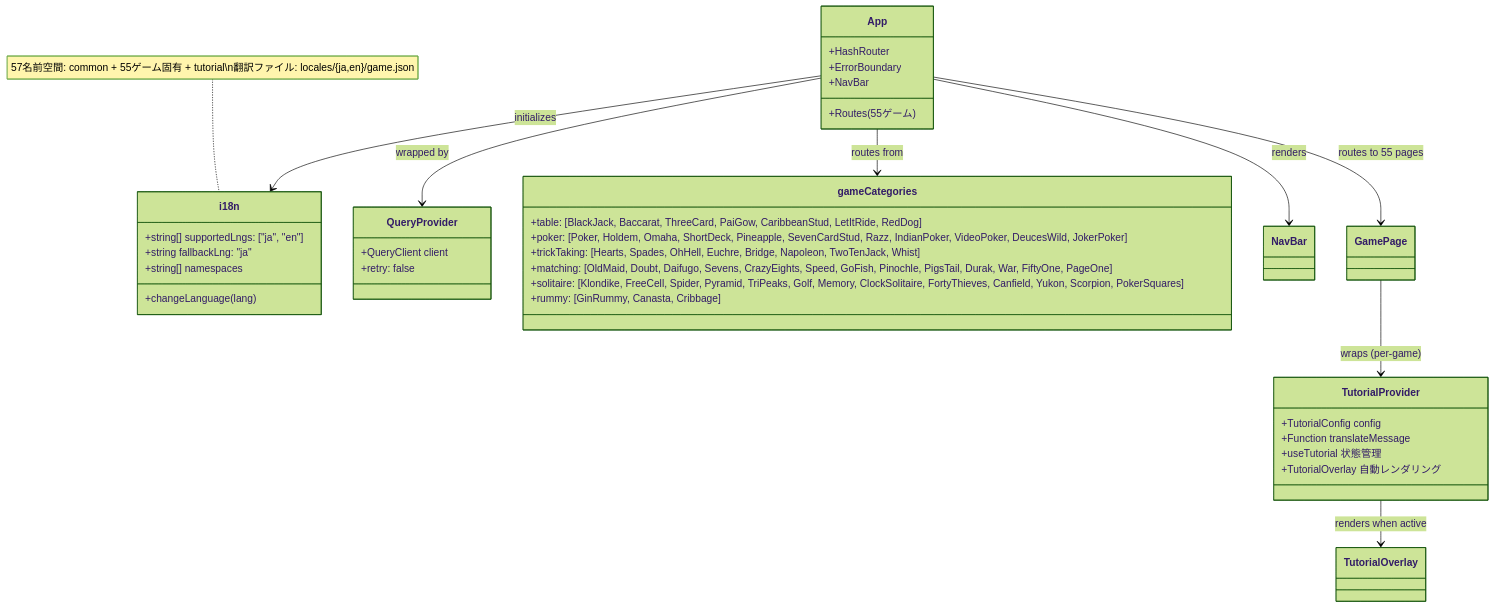
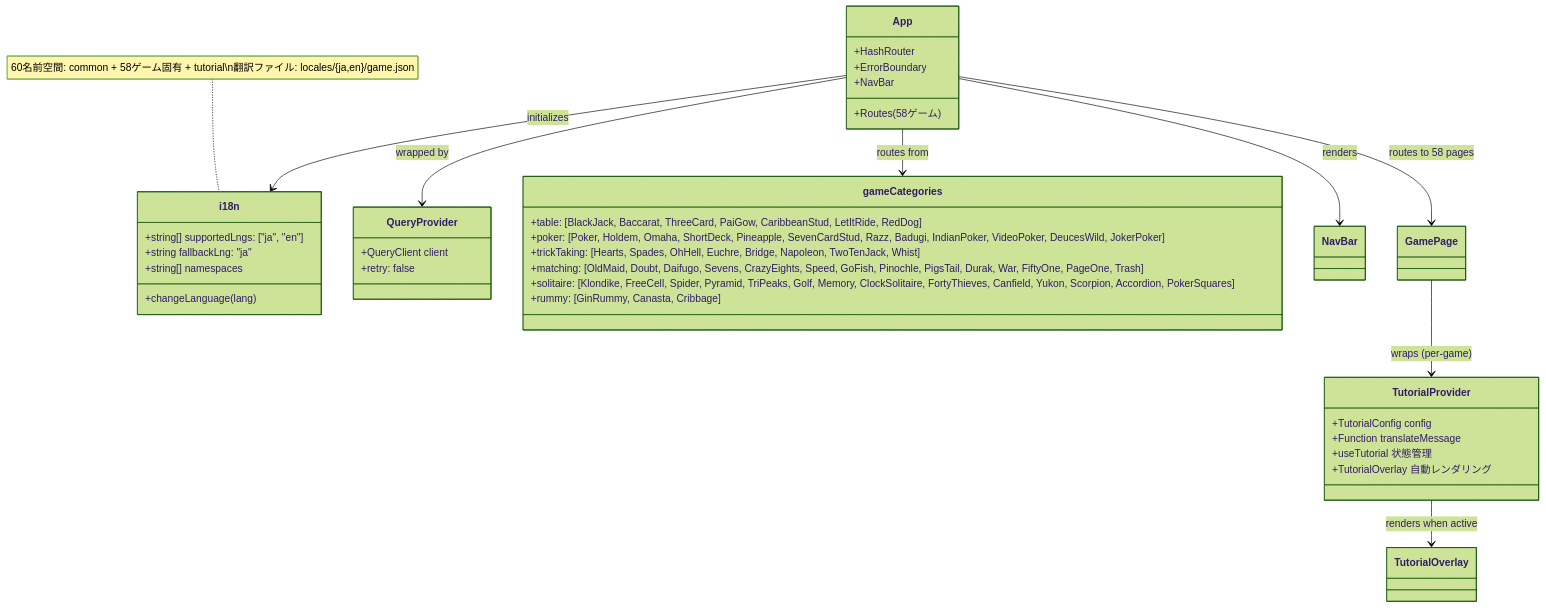
Before and after one commit to yuta-yoshinaga/go_trumpcards: the ninth of 39 diagrams in docs/design/frontend.md, drawn with Mermaid (forest theme). The commit also changed other lines of this file and 4 other files, not shown here.

````diff
--- a/docs/design/frontend.md
+++ b/docs/design/frontend.md
@@ -1824,47 +1824,47 @@
 ```mermaid
 classDiagram
     class i18n {
         +string[] supportedLngs: ["ja", "en"]
         +string fallbackLng: "ja"
         +string[] namespaces
         +changeLanguage(lang)
     }
 
     class QueryProvider {
         +QueryClient client
         +retry: false
     }
 
     class App {
         +HashRouter
         +ErrorBoundary
         +NavBar
-        +Routes (55ゲーム)
+        +Routes (58ゲーム)
     }
 
     class gameCategories {
         +table: [BlackJack, Baccarat, ThreeCard, PaiGow, CaribbeanStud, LetItRide, RedDog]
-        +poker: [Poker, Holdem, Omaha, ShortDeck, Pineapple, SevenCardStud, Razz, IndianPoker, VideoPoker, DeucesWild, JokerPoker]
+        +poker: [Poker, Holdem, Omaha, ShortDeck, Pineapple, SevenCardStud, Razz, Badugi, IndianPoker, VideoPoker, DeucesWild, JokerPoker]
         +trickTaking: [Hearts, Spades, OhHell, Euchre, Bridge, Napoleon, TwoTenJack, Whist]
-        +matching: [OldMaid, Doubt, Daifugo, Sevens, CrazyEights, Speed, GoFish, Pinochle, PigsTail, Durak, War, FiftyOne, PageOne]
-        +solitaire: [Klondike, FreeCell, Spider, Pyramid, TriPeaks, Golf, Memory, ClockSolitaire, FortyThieves, Canfield, Yukon, Scorpion, PokerSquares]
+        +matching: [OldMaid, Doubt, Daifugo, Sevens, CrazyEights, Speed, GoFish, Pinochle, PigsTail, Durak, War, FiftyOne, PageOne, Trash]
+        +solitaire: [Klondike, FreeCell, Spider, Pyramid, TriPeaks, Golf, Memory, ClockSolitaire, FortyThieves, Canfield, Yukon, Scorpion, Accordion, PokerSquares]
         +rummy: [GinRummy, Canasta, Cribbage]
     }
 
     class TutorialProvider {
         +TutorialConfig config
         +Function translateMessage
         +useTutorial 状態管理
         +TutorialOverlay 自動レンダリング
     }
 
     App --> QueryProvider : wrapped by
     App --> i18n : initializes
     App --> gameCategories : routes from
     App --> NavBar : renders
-    App --> GamePage : routes to 55 pages
+    App --> GamePage : routes to 58 pages
     GamePage --> TutorialProvider : wraps (per-game)
     TutorialProvider --> TutorialOverlay : renders when active
 
-    note for i18n "57名前空間: common + 55ゲーム固有 + tutorial\n翻訳ファイル: locales/{ja,en}/game.json"
+    note for i18n "60名前空間: common + 58ゲーム固有 + tutorial\n翻訳ファイル: locales/{ja,en}/game.json"
 ```
````
